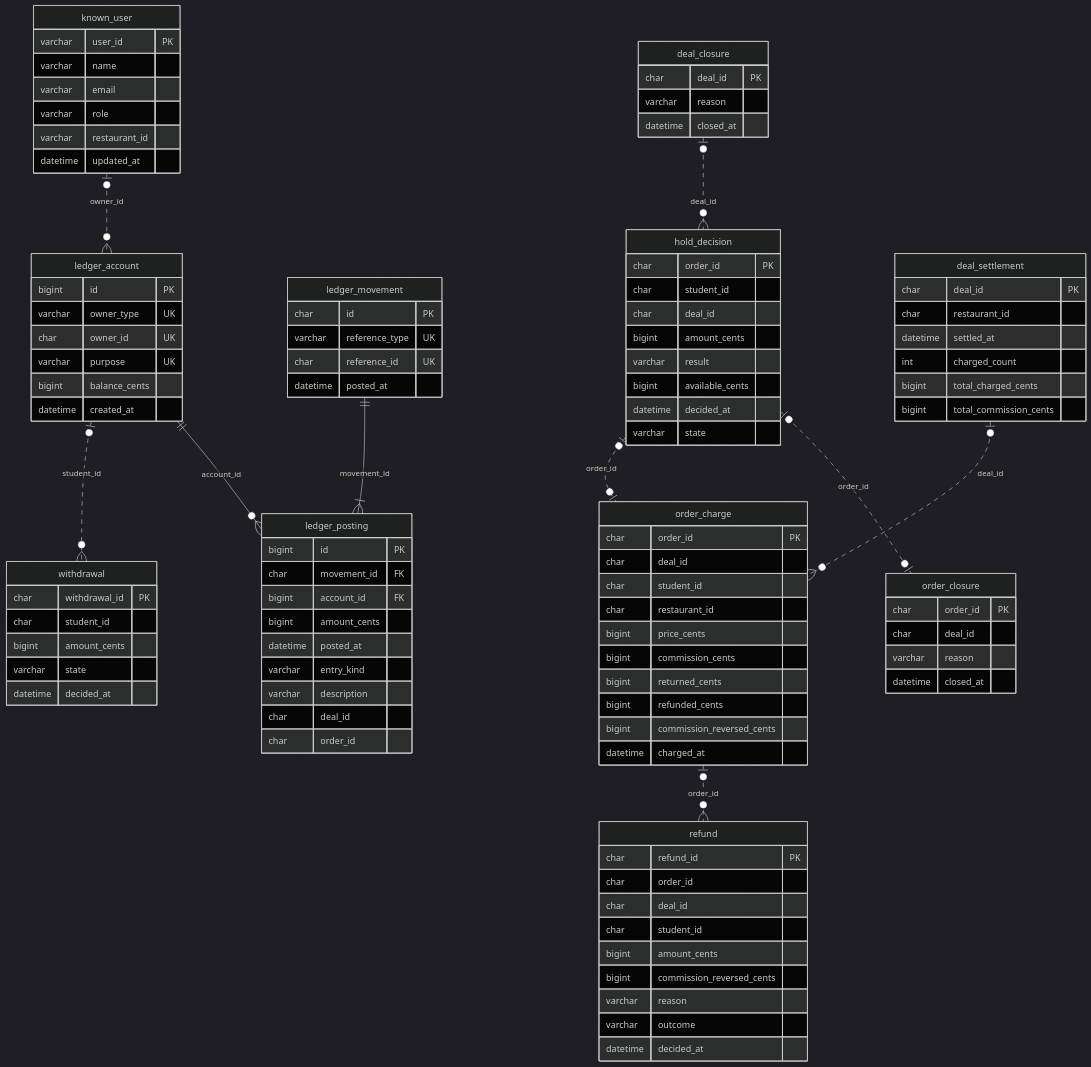
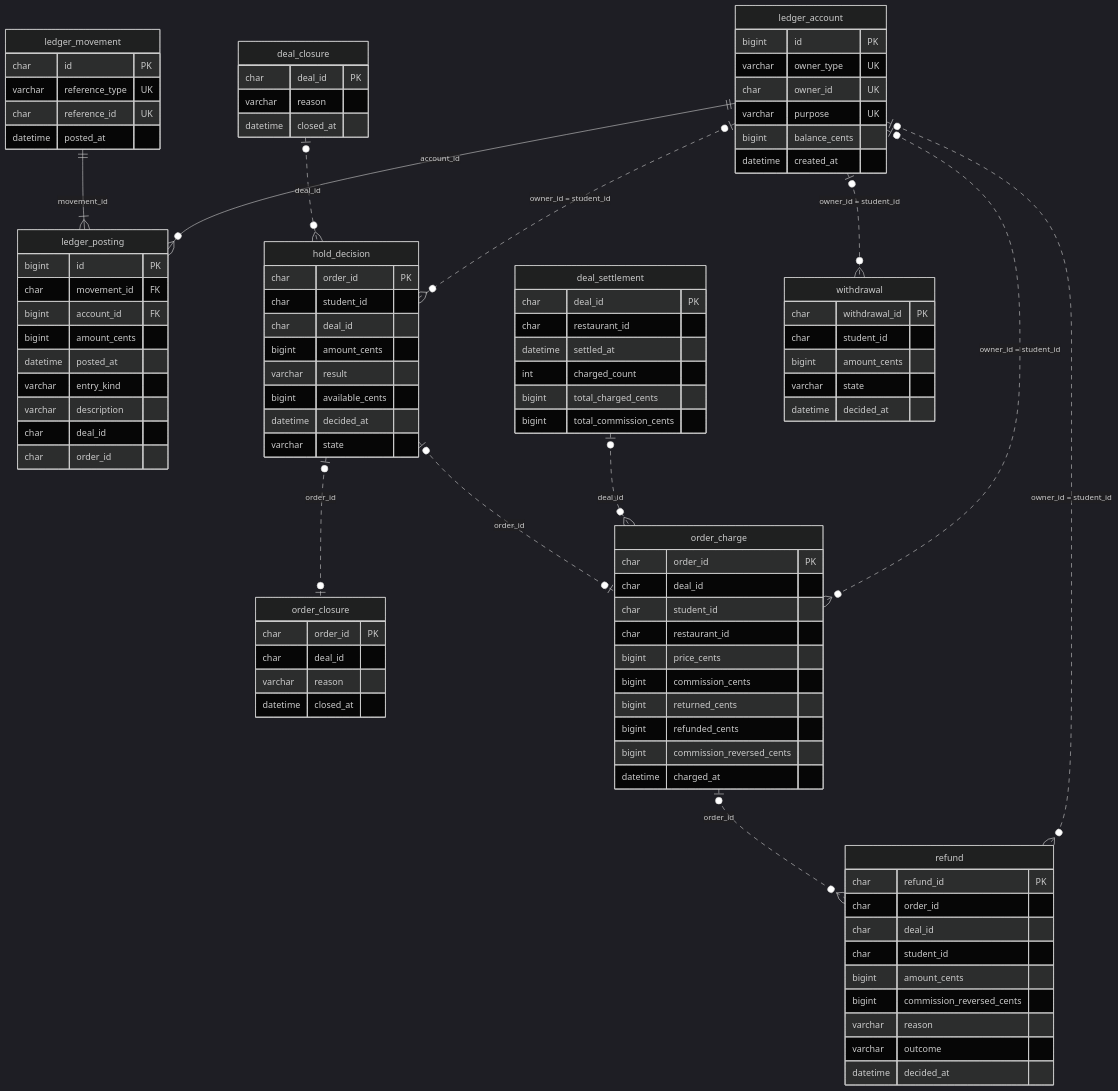
The first of 2 diagrams in docs/SCHEMA.md (BaguetteJet/CSIS-Hackathon-2026), drawn with Mermaid (dark theme) before and after one commit. The commit also changed other lines of this file and 19 other files, not shown here.

````diff
--- a/docs/SCHEMA.md
+++ b/docs/SCHEMA.md
@@ -239,22 +238,16 @@
         varchar state
         datetime decided_at
     }
-    known_user {
-        varchar user_id PK
-        varchar name
-        varchar email
-        varchar role
-        varchar restaurant_id
-        datetime updated_at
-    }
 
     ledger_movement ||--|{ ledger_posting : movement_id
     ledger_account ||--o{ ledger_posting : account_id
-    known_user |o..o{ ledger_account : owner_id
     hold_decision |o..o| order_closure : order_id
     hold_decision |o..o| order_charge : order_id
     deal_closure |o..o{ hold_decision : deal_id
     deal_settlement |o..o{ order_charge : deal_id
     order_charge |o..o{ refund : order_id
-    ledger_account |o..o{ withdrawal : student_id
+    ledger_account |o..o{ hold_decision : "owner_id = student_id"
+    ledger_account |o..o{ order_charge : "owner_id = student_id"
+    ledger_account |o..o{ refund : "owner_id = student_id"
+    ledger_account |o..o{ withdrawal : "owner_id = student_id"
 ```
````
